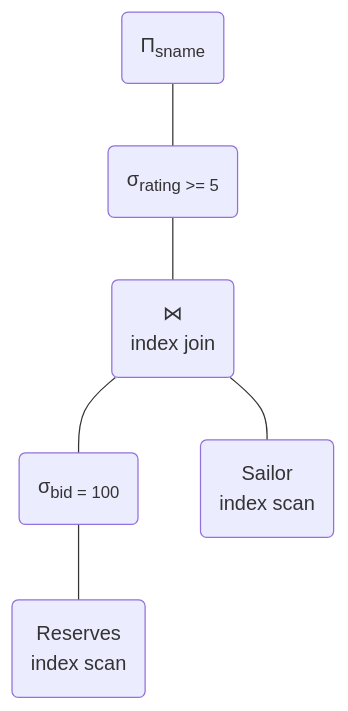
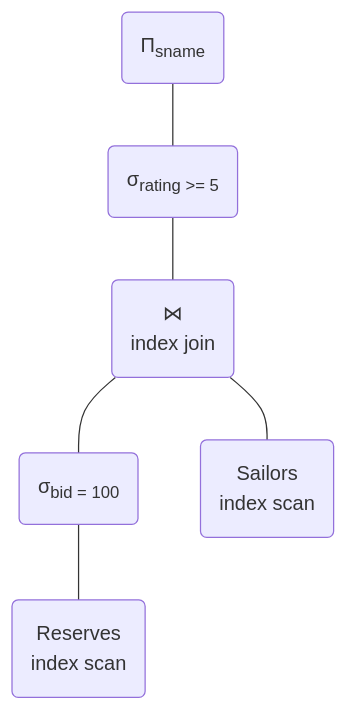
One commit to sutd50043/cohortclass changed the ninth of 9 diagrams in cc8.md. Above: the diagram before and after it, drawn with Mermaid. The commit also changed other lines of this file, not shown here.

````diff
--- a/cc8.md
+++ b/cc8.md
@@ -309,8 +309,8 @@
 ```mermaid
 graph
 a("&Pi;<sub>sname</sub>") --- c
 c("&sigma;<sub>rating >= 5</sub>") --- d
 d("&bowtie;<br/> index join") --- b
 b("&sigma;<sub>bid = 100</sub>")  --- f("Reserves <br/> index scan")
-d("&bowtie;<br/> index join") --- e("Sailor <br/> index scan")
+d("&bowtie;<br/> index join") --- e("Sailors <br/> index scan")
 ```
````
